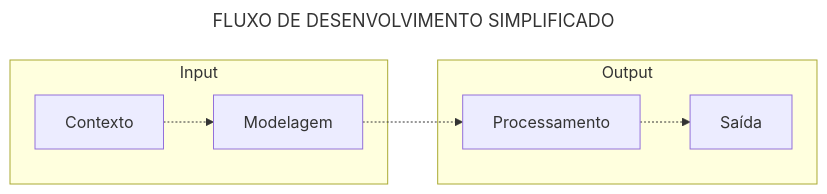
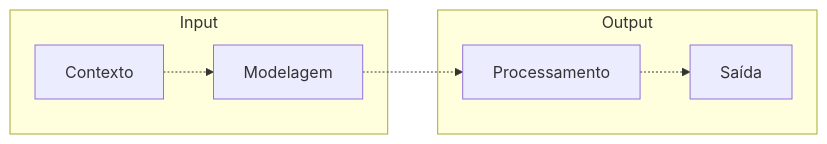
One commit to thiagokj/thiagokj changed the diagram in README.md. Above: the diagram before and after it, drawn with Mermaid. The commit also changed other lines of this file, not shown here.

````diff
--- a/README.md
+++ b/README.md
@@ -29,12 +40,9 @@
 ```mermaid
----
-title: FLUXO DE DESENVOLVIMENTO SIMPLIFICADO
----
 flowchart LR
  subgraph Input
     Contexto -.-> Modelagem
  end
  subgraph Output
     Modelagem -.-> Processamento -.-> Saída
  end
 ```
````
